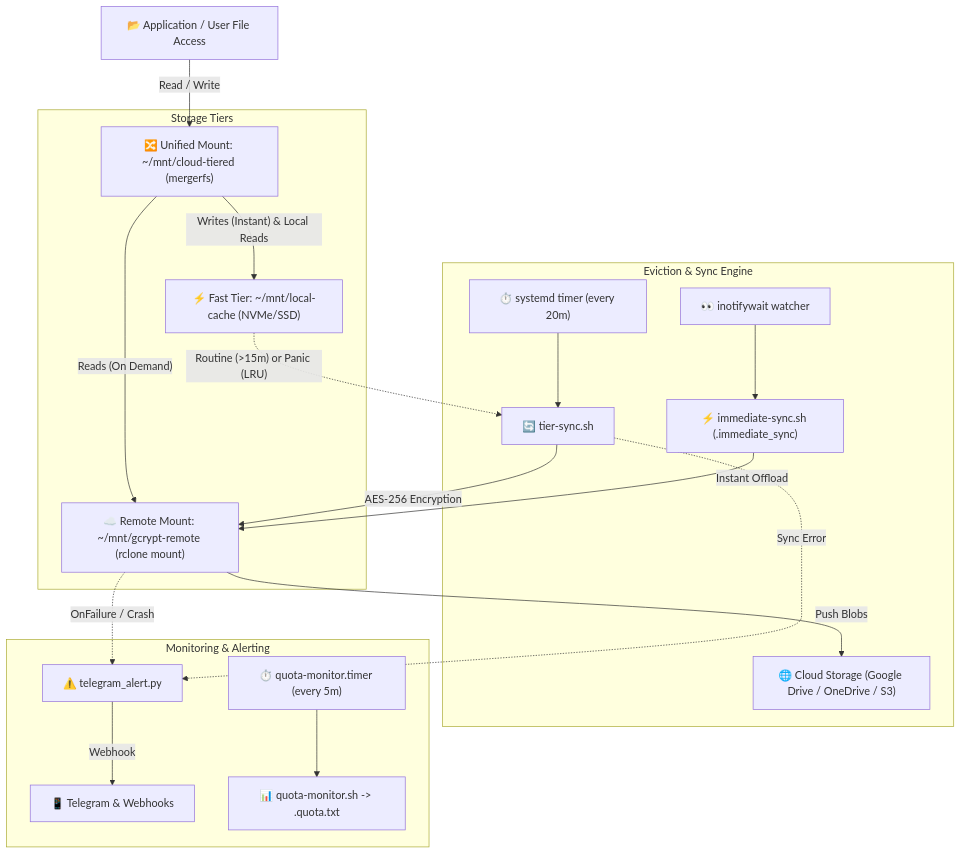
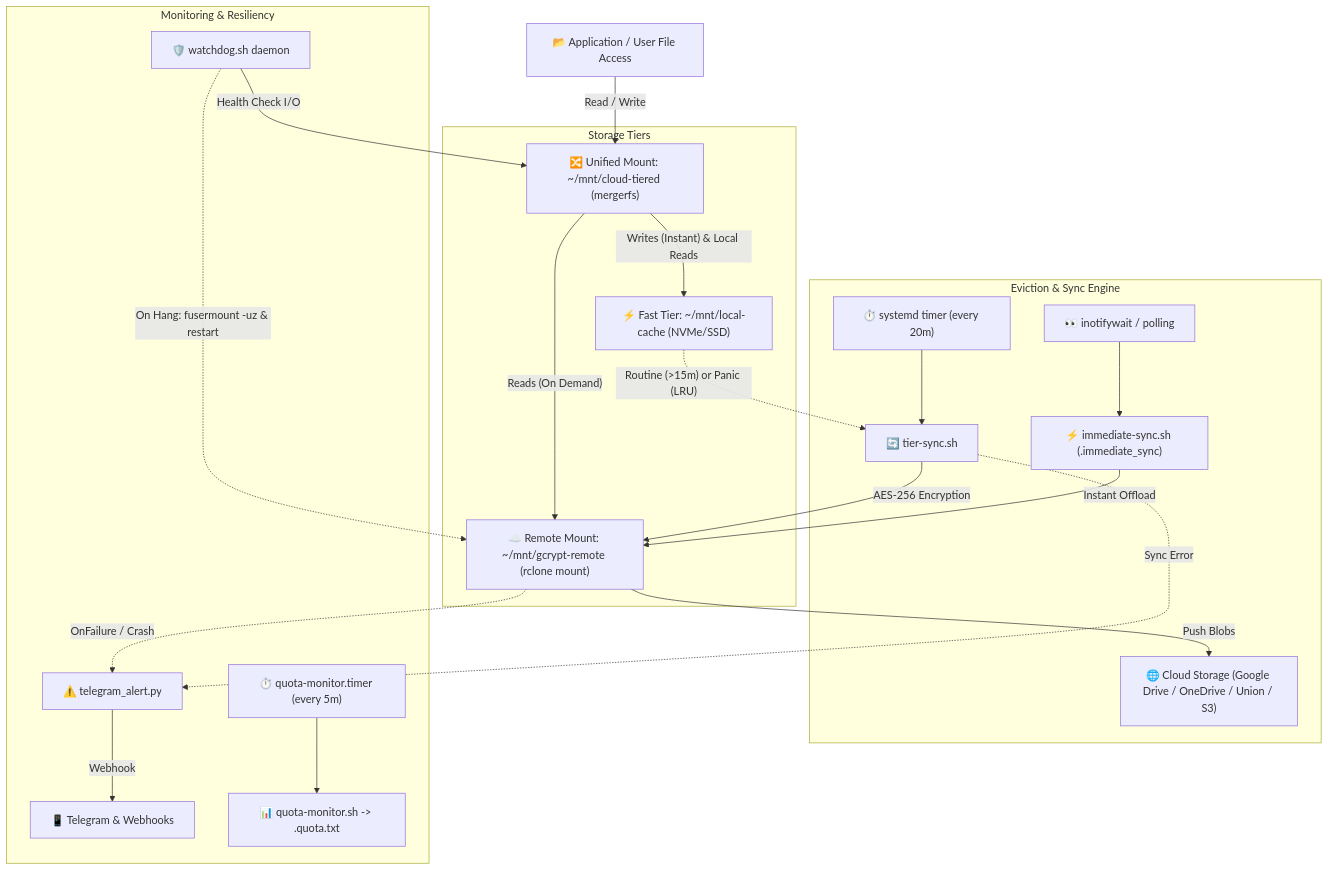
One commit to ashishsinghbora/ETS changed the diagram in README.md. Above: the diagram before and after it, drawn with Mermaid. The commit also changed other lines of this file and 17 other files, not shown here.

Commit message:
feat(v2.0): implement watchdog daemon, TUI wizard, live monitor dashboard, and pipeline hardening

````diff
--- a/README.md
+++ b/README.md
@@ -34,25 +38,27 @@
 ```mermaid
 flowchart TD
     App["📂 Application / User File Access"] -->|Read / Write| Unified["🔀 Unified Mount: ~/mnt/cloud-tiered (mergerfs)"]
     
     subgraph Storage Tiers
         Unified -->|"Writes (Instant) & Local Reads"| LocalCache["⚡ Fast Tier: ~/mnt/local-cache (NVMe/SSD)"]
         Unified -->|"Reads (On Demand)"| RemoteMount["☁️ Remote Mount: ~/mnt/gcrypt-remote (rclone mount)"]
     end
 
     subgraph Eviction & Sync Engine
         Timer["⏱️ systemd timer (every 20m)"] --> Sync["🔄 tier-sync.sh"]
-        Inotify["👀 inotifywait watcher"] --> Immediate["⚡ immediate-sync.sh (.immediate_sync)"]
+        Inotify["👀 inotifywait / polling"] --> Immediate["⚡ immediate-sync.sh (.immediate_sync)"]
         LocalCache -.->|"Routine (>15m) or Panic (LRU)"| Sync
         Sync -->|"AES-256 Encryption"| RemoteMount
         Immediate -->|"Instant Offload"| RemoteMount
-        RemoteMount -->|"Push Blobs"| Cloud["🌐 Cloud Storage (Google Drive / OneDrive / S3)"]
+        RemoteMount -->|"Push Blobs"| Cloud["🌐 Cloud Storage (Google Drive / OneDrive / Union / S3)"]
     end
 
-    subgraph Monitoring & Alerting
+    subgraph Monitoring & Resiliency
+        Watchdog["🛡️ watchdog.sh daemon"] -->|"Health Check I/O"| Unified
+        Watchdog -.->|"On Hang: fusermount -uz & restart"| RemoteMount
         RemoteMount -.->|"OnFailure / Crash"| Alert["⚠️ telegram_alert.py"]
         Sync -.->|"Sync Error"| Alert
         Alert -->|"Webhook"| Notifications["📱 Telegram & Webhooks"]
         QuotaTimer["⏱️ quota-monitor.timer (every 5m)"] --> Quota["📊 quota-monitor.sh -> .quota.txt"]
     end
 ```
````
